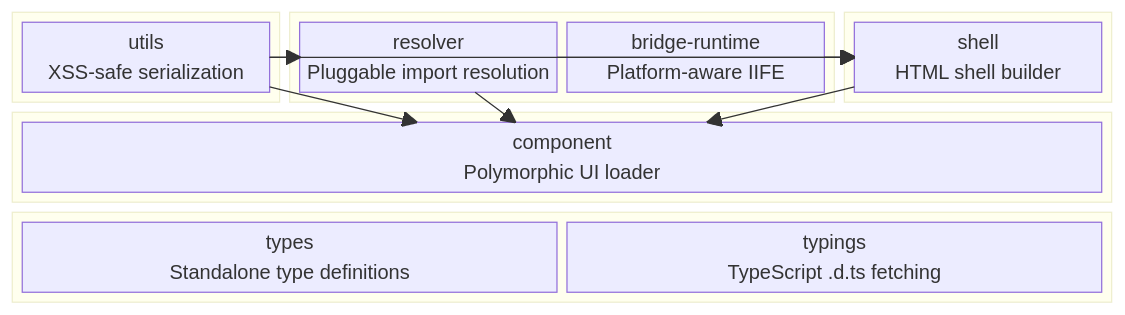
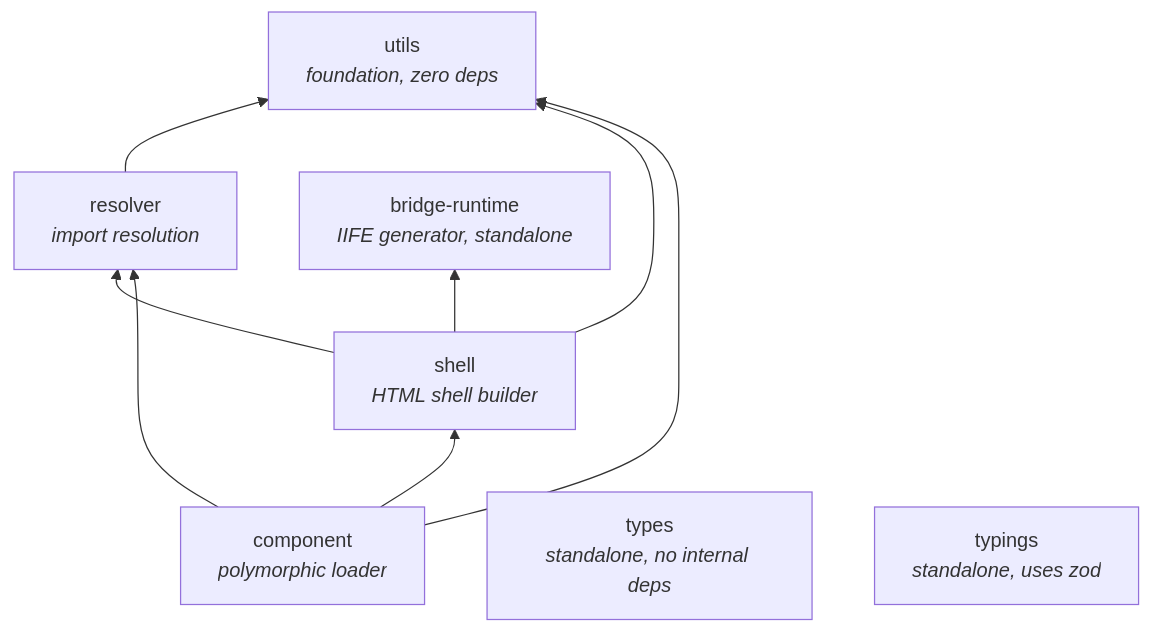
Before and after one commit to agentfront/frontmcp: the second of 3 diagrams in libs/uipack/README.md, drawn with Mermaid. The commit also changed other lines of this file and 21 other files, not shown here.

````diff
--- a/libs/uipack/README.md
+++ b/libs/uipack/README.md
@@ -26,34 +310,18 @@
 ```mermaid
-block-beta
-  columns 4
+graph BT
+    utils["utils<br/><i>foundation, zero deps</i>"]
+    resolver["resolver<br/><i>import resolution</i>"]
+    shell["shell<br/><i>HTML shell builder</i>"]
+    bridge["bridge-runtime<br/><i>IIFE generator, standalone</i>"]
+    component["component<br/><i>polymorphic loader</i>"]
+    types["types<br/><i>standalone, no internal deps</i>"]
+    typings["typings<br/><i>standalone, uses zod</i>"]
 
-  block:foundation:1
-    utils["utils\nXSS-safe serialization"]
-  end
-
-  block:middle:2
-    resolver["resolver\nPluggable import resolution"]
-    bridge["bridge-runtime\nPlatform-aware IIFE"]
-  end
-
-  block:top:1
-    shell["shell\nHTML shell builder"]
-  end
-
-  block:compositor:4
-    component["component\nPolymorphic UI loader"]
-  end
-
-  block:standalone:4
-    types["types\nStandalone type definitions"]
-    typings["typings\nTypeScript .d.ts fetching"]
-  end
-
-  utils --> resolver
-  utils --> shell
-  utils --> component
-  resolver --> shell
-  resolver --> component
-  bridge --> shell
-  shell --> component
+    resolver --> utils
+    shell --> utils
+    shell --> resolver
+    shell --> bridge
+    component --> utils
+    component --> resolver
+    component --> shell
 ```
````
